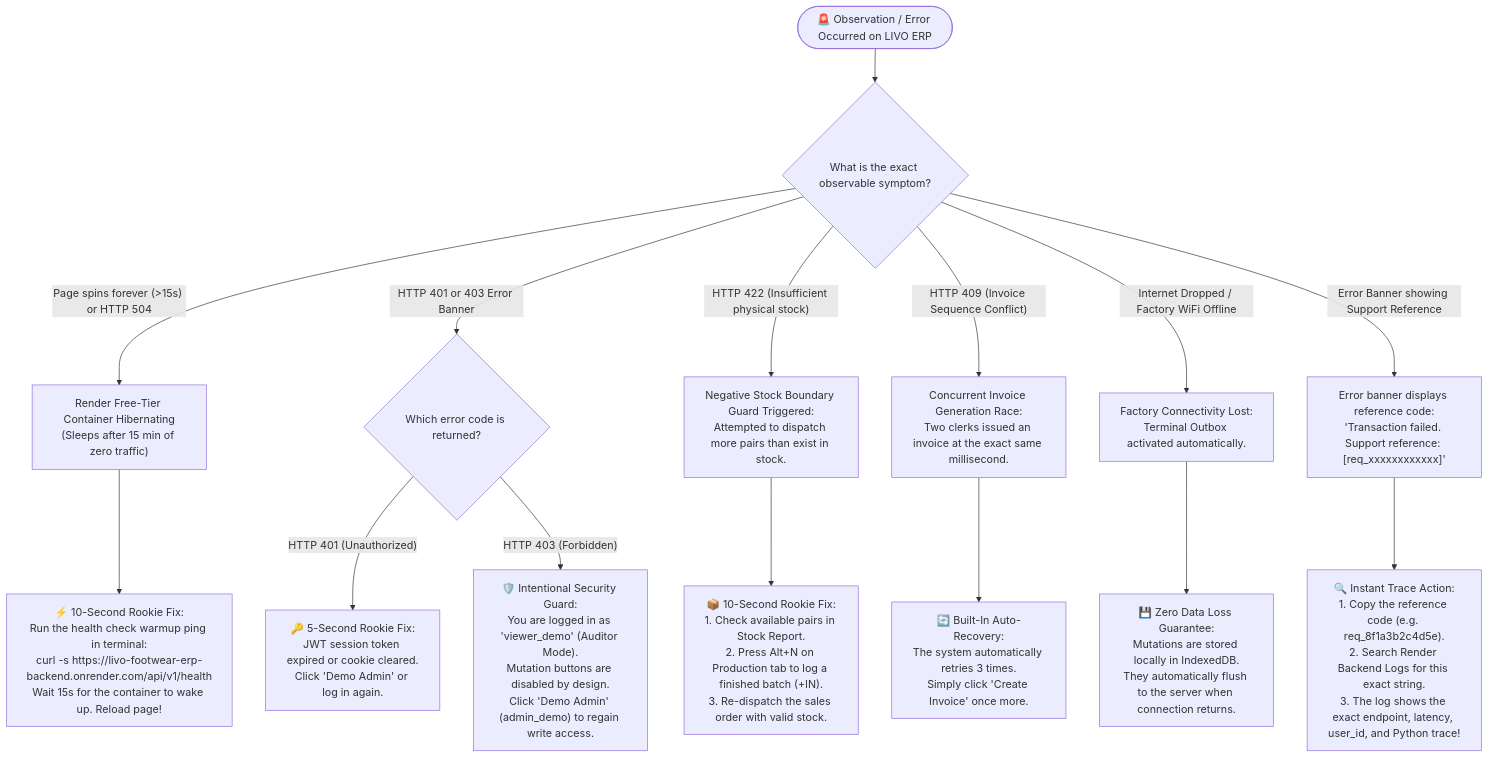
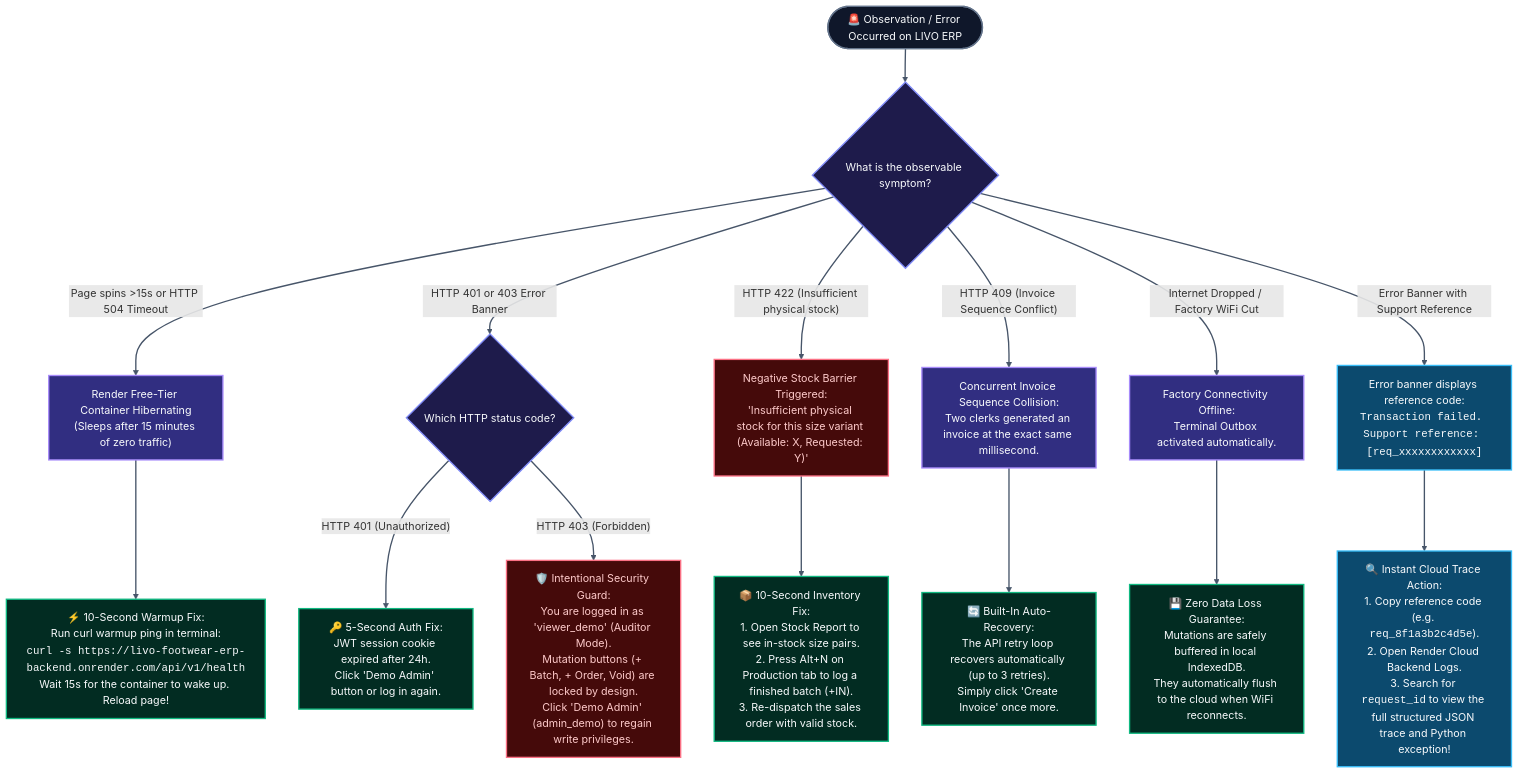
The third of 3 diagrams in README.md (Sishir120/livo-footwear-erp), drawn with Mermaid before and after one commit. The commit also changed other lines of this file and 20 other files, not shown here.

Commit message:
docs(readme): elevate architecture and debugging playbooks with high-res dark blueprints, custom-styled mermaid classes, and interactive triage runbooks

````diff
--- a/README.md
+++ b/README.md
@@ -197,29 +243,38 @@
 ```mermaid
 flowchart TD
-    START(["🚨 Observation / Error Occurred on LIVO ERP"]) --> SYMPTOM{"What is the exact observable symptom?"}
+    classDef startNode fill:#0f172a,stroke:#64748b,stroke-width:2px,color:#f8fafc;
+    classDef decision fill:#1e1b4b,stroke:#818cf8,stroke-width:2px,color:#f8fafc;
+    classDef cause fill:#312e81,stroke:#a78bfa,stroke-width:2px,color:#f8fafc;
+    classDef fix fill:#022c22,stroke:#10b981,stroke-width:2px,color:#f8fafc;
+    classDef defense fill:#450a0a,stroke:#fb7185,stroke-width:2px,color:#fecaca;
+    classDef trace fill:#0c4a6e,stroke:#38bdf8,stroke-width:2px,color:#f8fafc;
 
-    %% Symptom 1: Spinner / 504 Gateway Timeout
-    SYMPTOM -->|"Page spins forever (>15s) or HTTP 504"| CAUSE_504["Render Free-Tier Container Hibernating\n(Sleeps after 15 min of zero traffic)"]
-    CAUSE_504 --> FIX_504["⚡ 10-Second Rookie Fix:\nRun the health check warmup ping in terminal:\ncurl -s https://livo-footwear-erp-backend.onrender.com/api/v1/health\nWait 15s for the container to wake up. Reload page!"]
+    START(["🚨 Observation / Error Occurred on LIVO ERP"]):::startNode --> SYMPTOM{"What is the observable symptom?"}:::decision
 
-    %% Symptom 2: 401 Unauthorized / 403 Forbidden
-    SYMPTOM -->|"HTTP 401 or 403 Error Banner"| CHECK_AUTH{"Which error code is returned?"}
-    CHECK_AUTH -->|"HTTP 401 (Unauthorized)"| FIX_401["🔑 5-Second Rookie Fix:\nJWT session token expired or cookie cleared.\nClick 'Demo Admin' or log in again."]
-    CHECK_AUTH -->|"HTTP 403 (Forbidden)"| FIX_403["🛡️ Intentional Security Guard:\nYou are logged in as 'viewer_demo' (Auditor Mode).\nMutation buttons are disabled by design.\nClick 'Demo Admin' (admin_demo) to regain write access."]
+    %% Branch 1: Spinner / 504 Gateway Timeout
+    SYMPTOM -->|"Page spins &gt;15s or HTTP 504 Timeout"| C_504["Render Free-Tier Container Hibernating<br/>(Sleeps after 15 minutes of zero traffic)"]:::cause
+    C_504 --> F_504["⚡ 10-Second Warmup Fix:<br/>Run curl warmup ping in terminal:<br/><code>curl -s https://livo-footwear-erp-backend.onrender.com/api/v1/health</code><br/>Wait 15s for the container to wake up. Reload page!"]:::fix
 
-    %% Symptom 3: 422 Negative Stock Boundary
-    SYMPTOM -->|"HTTP 422 (Insufficient physical stock)"| CAUSE_422["Negative Stock Boundary Guard Triggered:\nAttempted to dispatch more pairs than exist in stock."]
-    CAUSE_422 --> FIX_422["📦 10-Second Rookie Fix:\n1. Check available pairs in Stock Report.\n2. Press Alt+N on Production tab to log a finished batch (+IN).\n3. Re-dispatch the sales order with valid stock."]
+    %% Branch 2: 401 Unauthorized / 403 Forbidden
+    SYMPTOM -->|"HTTP 401 or 403 Error Banner"| CHECK_AUTH{"Which HTTP status code?"}:::decision
+    CHECK_AUTH -->|"HTTP 401 (Unauthorized)"| F_401["🔑 5-Second Auth Fix:<br/>JWT session cookie expired after 24h.<br/>Click 'Demo Admin' button or log in again."]:::fix
+    CHECK_AUTH -->|"HTTP 403 (Forbidden)"| F_403["🛡️ Intentional Security Guard:<br/>You are logged in as 'viewer_demo' (Auditor Mode).<br/>Mutation buttons (+ Batch, + Order, Void) are locked by design.<br/>Click 'Demo Admin' (admin_demo) to regain write privileges."]:::defense
 
-    %% Symptom 4: 409 Sequence Conflict
-    SYMPTOM -->|"HTTP 409 (Invoice Sequence Conflict)"| CAUSE_409["Concurrent Invoice Generation Race:\nTwo clerks issued an invoice at the exact same millisecond."]
-    CAUSE_409 --> FIX_409["🔄 Built-In Auto-Recovery:\nThe system automatically retries 3 times.\nSimply click 'Create Invoice' once more."]
+    %% Branch 3: 422 Negative Stock Boundary
+    SYMPTOM -->|"HTTP 422 (Insufficient physical stock)"| C_422["Negative Stock Barrier Triggered:<br/>'Insufficient physical stock for this size variant (Available: X, Requested: Y)'"]:::defense
+    C_422 --> F_422["📦 10-Second Inventory Fix:<br/>1. Open Stock Report to see in-stock size pairs.<br/>2. Press Alt+N on Production tab to log a finished batch (+IN).<br/>3. Re-dispatch the sales order with valid stock."]:::fix
 
-    %% Symptom 5: Offline / Network Drop
-    SYMPTOM -->|"Internet Dropped / Factory WiFi Offline"| CAUSE_OFFLINE["Factory Connectivity Lost:\nTerminal Outbox activated automatically."]
-    CAUSE_OFFLINE --> FIX_OFFLINE["💾 Zero Data Loss Guarantee:\nMutations are stored locally in IndexedDB.\nThey automatically flush to the server when connection returns."]
+    %% Branch 4: 409 Sequence Conflict
+    SYMPTOM -->|"HTTP 409 (Invoice Sequence Conflict)"| C_409["Concurrent Invoice Sequence Collision:<br/>Two clerks generated an invoice at the exact same millisecond."]:::cause
+    C_409 --> F_409["🔄 Built-In Auto-Recovery:<br/>The API retry loop recovers automatically (up to 3 retries).<br/>Simply click 'Create Invoice' once more."]:::fix
 
-    %% Symptom 6: Any Unknown / General Error
-    SYMPTOM -->|"Error Banner showing Support Reference"| CAUSE_TRACE["Error banner displays reference code:\n'Transaction failed. Support reference: [req_xxxxxxxxxxxx]'"]
-    CAUSE_TRACE --> FIX_TRACE["🔍 Instant Trace Action:\n1. Copy the reference code (e.g. req_8f1a3b2c4d5e).\n2. Search Render Backend Logs for this exact string.\n3. The log shows the exact endpoint, latency, user_id, and Python trace!"]
+    %% Branch 5: Offline / Network Drop
+    SYMPTOM -->|"Internet Dropped / Factory WiFi Cut"| C_OFF["Factory Connectivity Offline:<br/>Terminal Outbox activated automatically."]:::cause
+    C_OFF --> F_OFF["💾 Zero Data Loss Guarantee:<br/>Mutations are safely buffered in local IndexedDB.<br/>They automatically flush to the cloud when WiFi reconnects."]:::fix
+
+    %% Branch 6: Any Unknown / General Error
+    SYMPTOM -->|"Error Banner with Support Reference"| C_TRACE["Error banner displays reference code:<br/><code>Transaction failed. Support reference: [req_xxxxxxxxxxxx]</code>"]:::trace
+    C_TRACE --> F_TRACE["🔍 Instant Cloud Trace Action:<br/>1. Copy reference code (e.g. <code>req_8f1a3b2c4d5e</code>).<br/>2. Open Render Cloud Backend Logs.<br/>3. Search for <code>request_id</code> to view the full structured JSON trace and Python exception!"]:::trace
+
+    linkStyle default stroke:#475569,stroke-width:2px;
 ```
````
